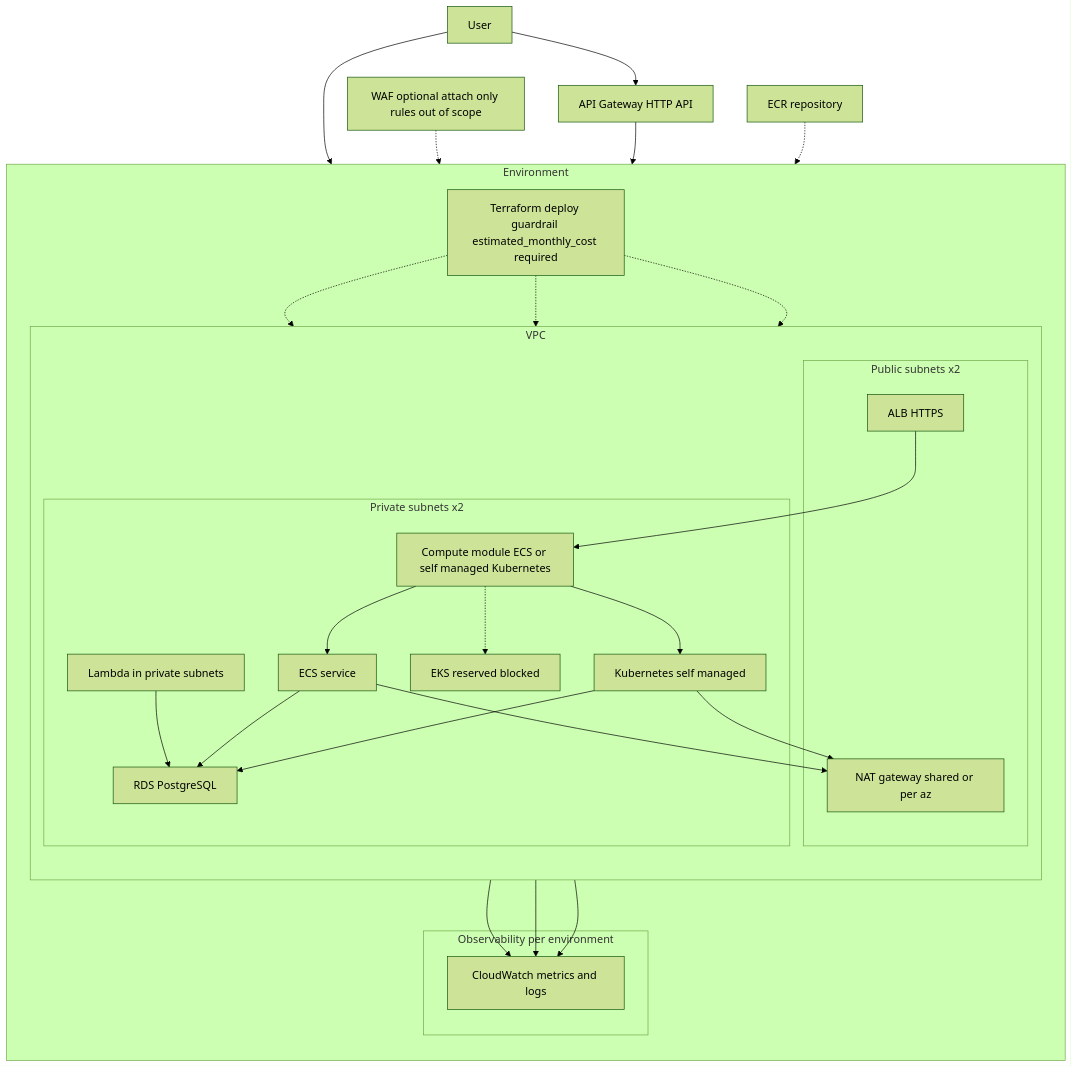
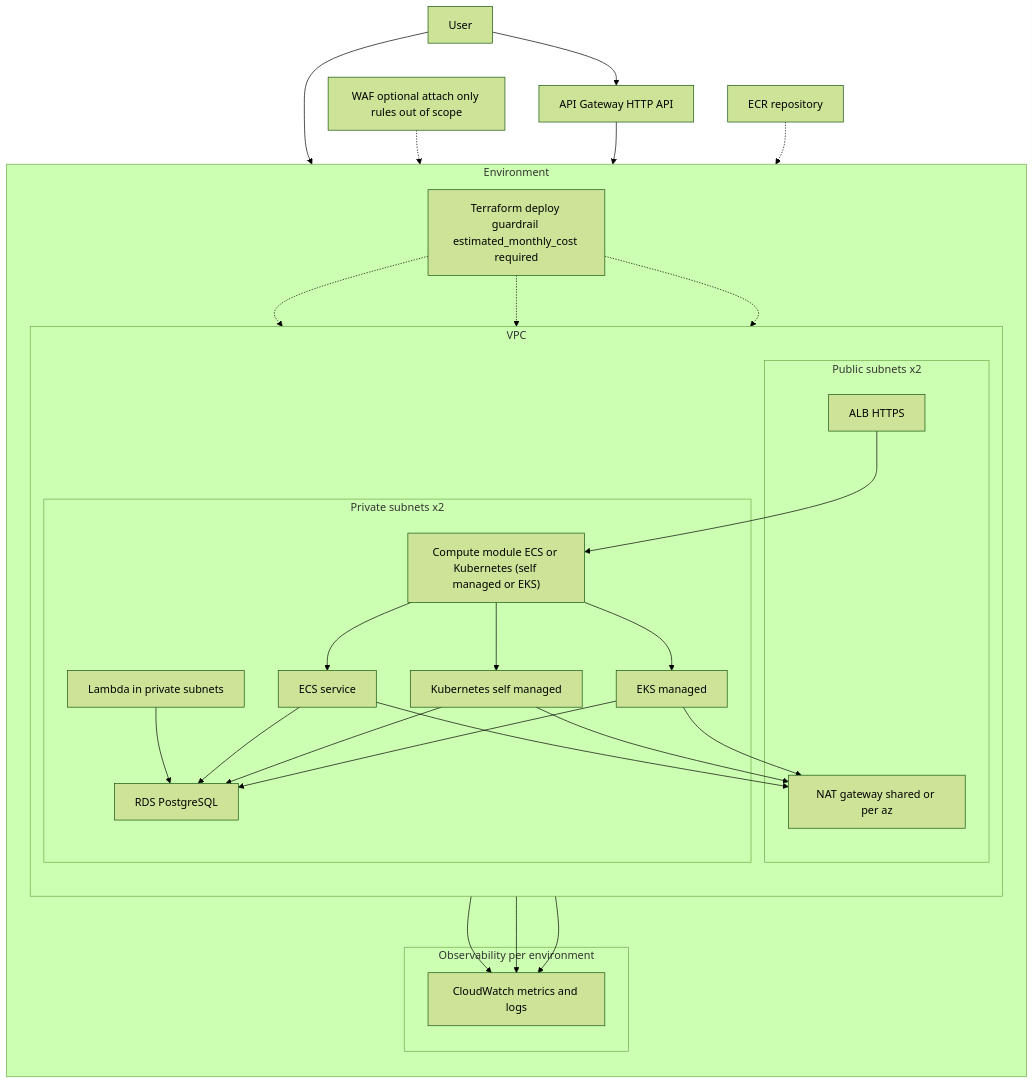
Before and after one commit to renanfenrich/aws-platform-starter: the diagram in docs/architecture.mmd, drawn with Mermaid (forest theme). The commit also changed 3 other files, not shown here.

Commit message:
docs: update architecture and runbook

```diff
--- a/docs/architecture.mmd
+++ b/docs/architecture.mmd
@@ -1,56 +1,58 @@
 flowchart TB
   User[User] --> ALB[ALB HTTPS]
   User --> APIGW[API Gateway HTTP API]
 
   WAF[WAF optional attach only rules out of scope] -.-> ALB
 
   subgraph Environment
     direction TB
 
     subgraph VPC
       direction TB
 
       subgraph PublicSubnets[Public subnets x2]
         ALB
         NAT[NAT gateway shared or per az]
       end
 
       subgraph PrivateSubnets[Private subnets x2]
-        Compute[Compute module ECS or self managed Kubernetes]
+        Compute["Compute module ECS or Kubernetes (self managed or EKS)"]
         ECS[ECS service]
         K8s[Kubernetes self managed]
-        EKSBlocked[EKS reserved blocked]
+        EKS[EKS managed]
         Lambda[Lambda in private subnets]
         RDS[RDS PostgreSQL]
       end
     end
 
     subgraph Observability[Observability per environment]
       CloudWatch[CloudWatch metrics and logs]
     end
 
     Guardrail[Terraform deploy guardrail estimated_monthly_cost required]
   end
 
   Compute --> ECS
   Compute --> K8s
-  Compute -.-> EKSBlocked
+  Compute --> EKS
 
   ALB --> Compute
   APIGW --> Lambda
 
   Lambda --> RDS
   ECS --> RDS
   K8s --> RDS
+  EKS --> RDS
 
   ECS --> NAT
   K8s --> NAT
+  EKS --> NAT
 
   ECR[ECR repository] -.-> Compute
   Compute --> CloudWatch
   Lambda --> CloudWatch
   RDS --> CloudWatch
 
   Guardrail -.-> Compute
   Guardrail -.-> Lambda
   Guardrail -.-> RDS
```
